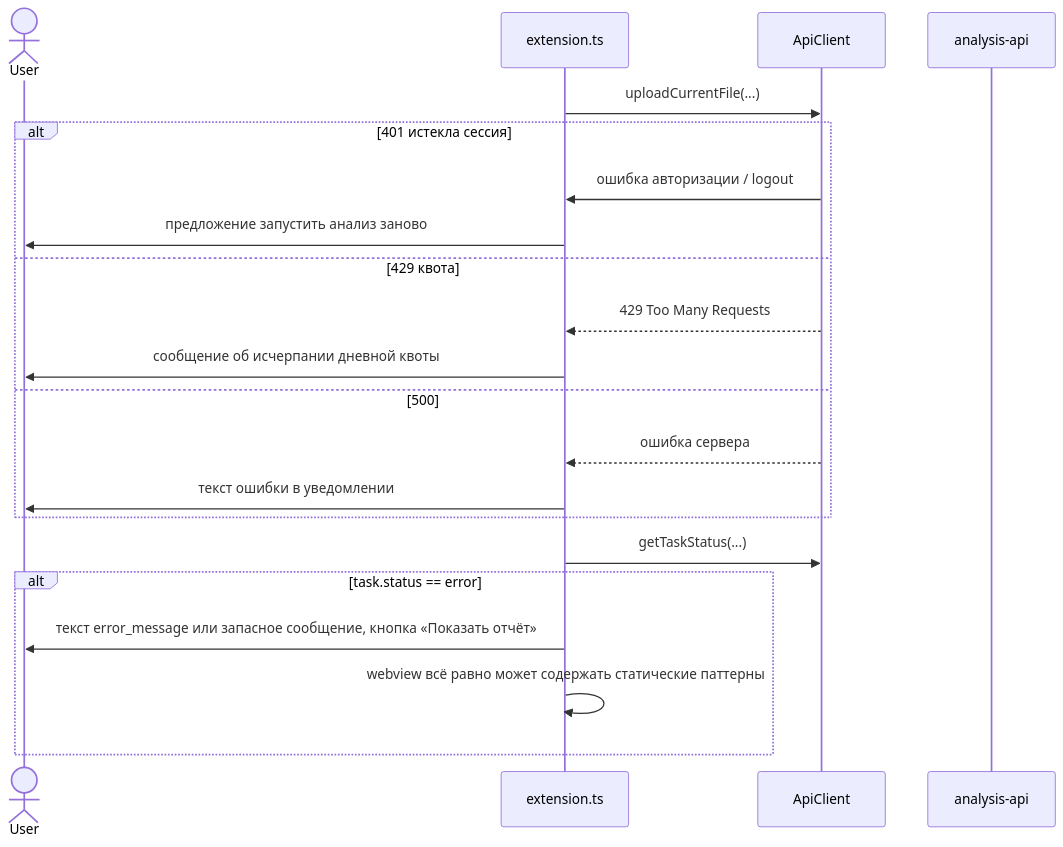
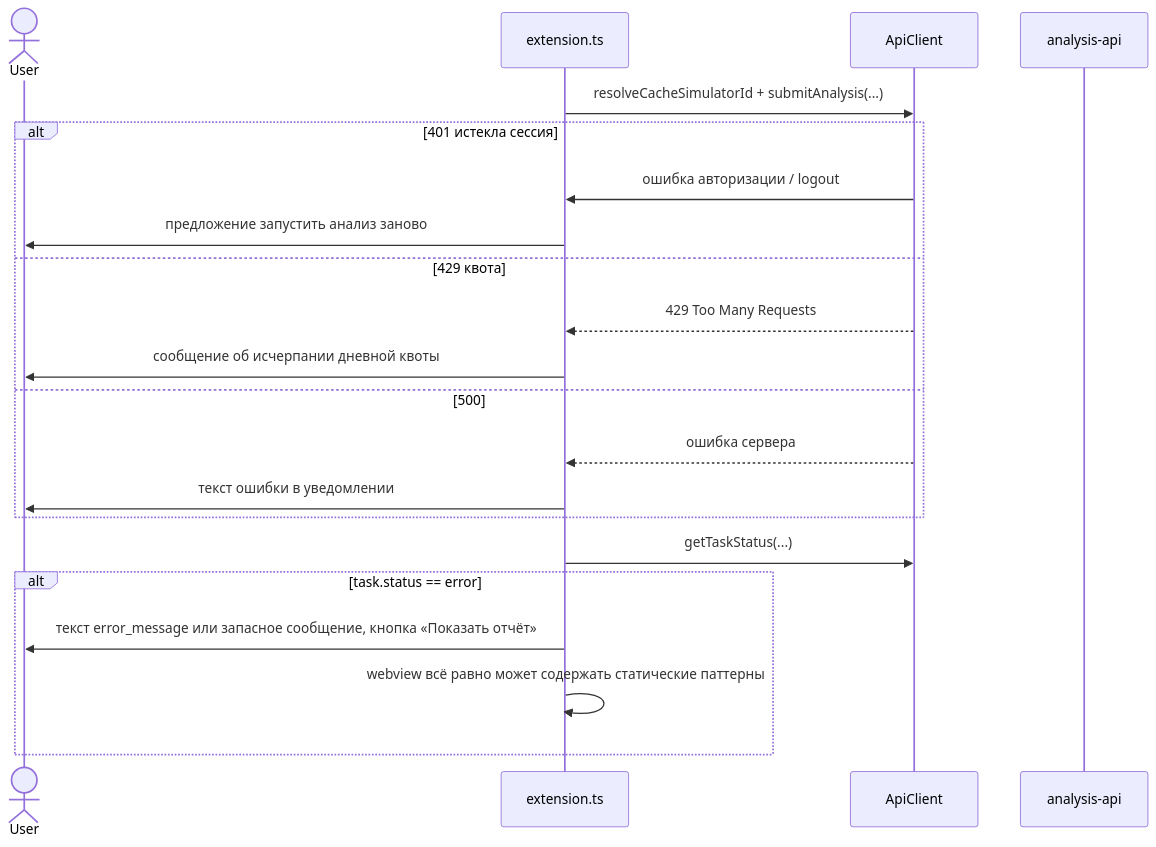
Before and after one commit to Fortech4N9/docs: the third of 5 diagrams in docs/clients/vscode/flow.md, drawn with Mermaid. The commit also changed other lines of this file and 15 other files, not shown here.

````diff
--- a/docs/clients/vscode/flow.md
+++ b/docs/clients/vscode/flow.md
@@ -72,27 +74,27 @@
 ```mermaid
 sequenceDiagram
     actor U as User
     participant EXT as extension.ts
     participant API as ApiClient
     participant ANA as analysis-api
 
-    EXT->>API: uploadCurrentFile(...)
+    EXT->>API: resolveCacheSimulatorId + submitAnalysis(...)
     alt 401 истекла сессия
       API->>EXT: ошибка авторизации / logout
       EXT->>U: предложение запустить анализ заново
 
     else 429 квота
       API-->>EXT: 429 Too Many Requests
       EXT->>U: сообщение об исчерпании дневной квоты
 
     else 500
       API-->>EXT: ошибка сервера
       EXT->>U: текст ошибки в уведомлении
     end
 
     EXT->>API: getTaskStatus(...)
     alt task.status == error
       EXT->>U: текст error_message или запасное сообщение, кнопка «Показать отчёт»
       EXT->>EXT: webview всё равно может содержать статические паттерны
     end
 ```
````
